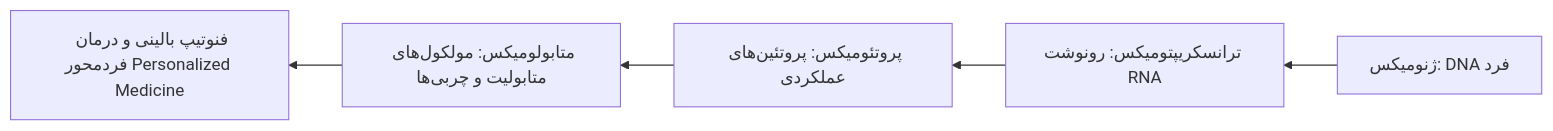
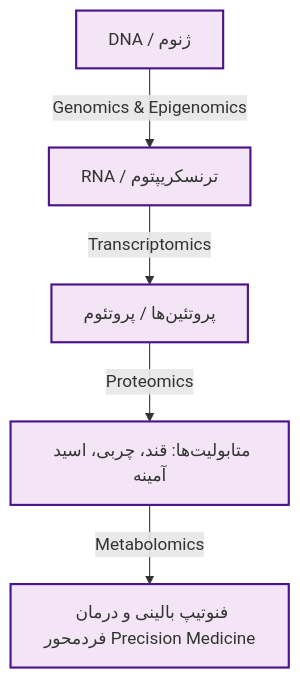
The eighth of 8 diagrams in 07/مبانی غدد/کلیات.md (neopulse-hub/TUMS-1402-1-neo), drawn with Mermaid before and after one commit. The commit also changed other lines of this file, not shown here.

````diff
--- a/07/مبانی غدد/کلیات.md
+++ b/07/مبانی غدد/کلیات.md
@@ -275,7 +326,9 @@
 ```mermaid
-flowchart RL
-    DNA[ژنومیکس: DNA فرد] --> RNA[ترانسکریپتومیکس: رونوشت RNA]
-    RNA --> Protein[پروتئومیکس: پروتئین‌های عملکردی]
-    Protein --> Meta[متابولومیکس: مولکول‌های متابولیت و چربی‌ها]
-    Meta --> Pheno[فنوتیپ بالینی و درمان فردمحور Personalized Medicine]
+flowchart TD
+    classDef omic fill:#f3e5f5,stroke:#4a148c,stroke-width:2px;
+
+    DNA[DNA / ژنوم]:::omic -->|Genomics & Epigenomics| RNA[RNA / ترنسکریپتوم]:::omic
+    RNA -->|Transcriptomics| Protein[پروتئین‌ها / پروتئوم]:::omic
+    Protein -->|Proteomics| Metabolite[متابولیت‌ها: قند، چربی، اسید آمینه]:::omic
+    Metabolite -->|Metabolomics| Phenotype[فنوتیپ بالینی و درمان فردمحور Precision Medicine]:::omic
 ```
````
